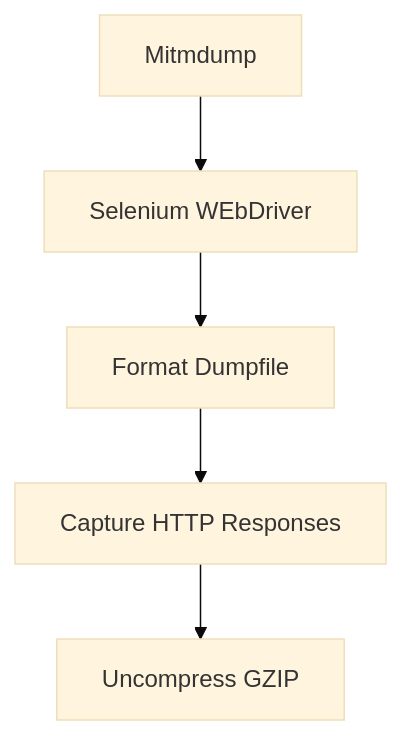
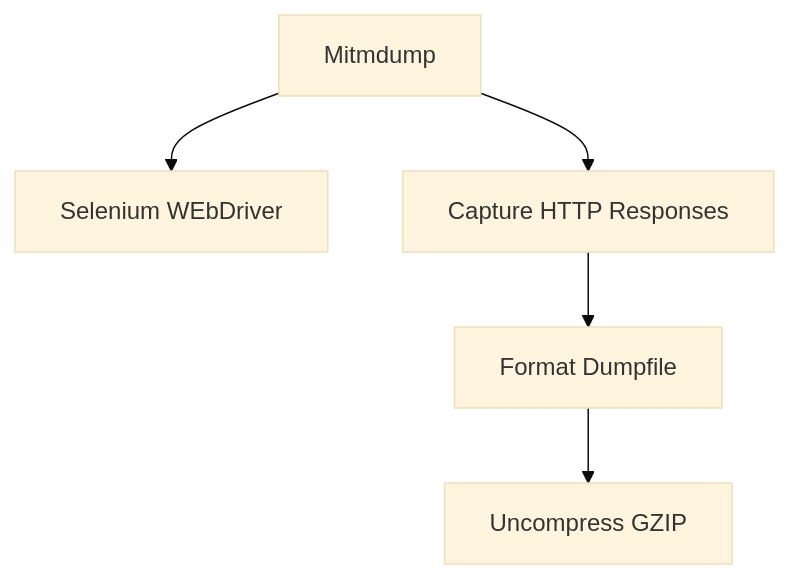
The second of 3 diagrams in README.md (jonruida/PowerBI_Insights), drawn with Mermaid (base theme) before and after one commit.

````diff
--- a/README.md
+++ b/README.md
@@ -35,9 +35,9 @@
 ```mermaid
 graph TD;
     A[Mitmdump];
     A --> B[Selenium WEbDriver ];
-    C --> D[Capture HTTP Responses];
-    B --> C[Format Dumpfile];
+    A --> C[Capture HTTP Responses];
+    C --> D[Format Dumpfile];
     D --> E[Uncompress GZIP];
 
 ```
````
